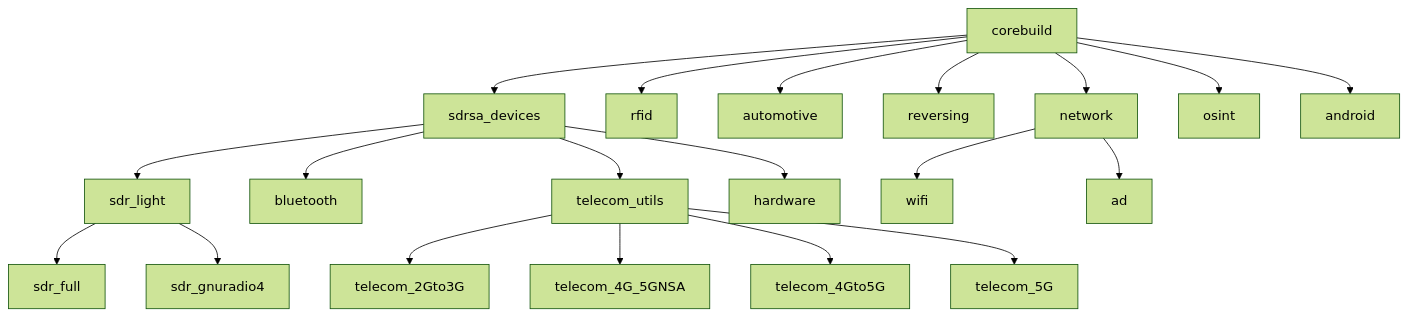
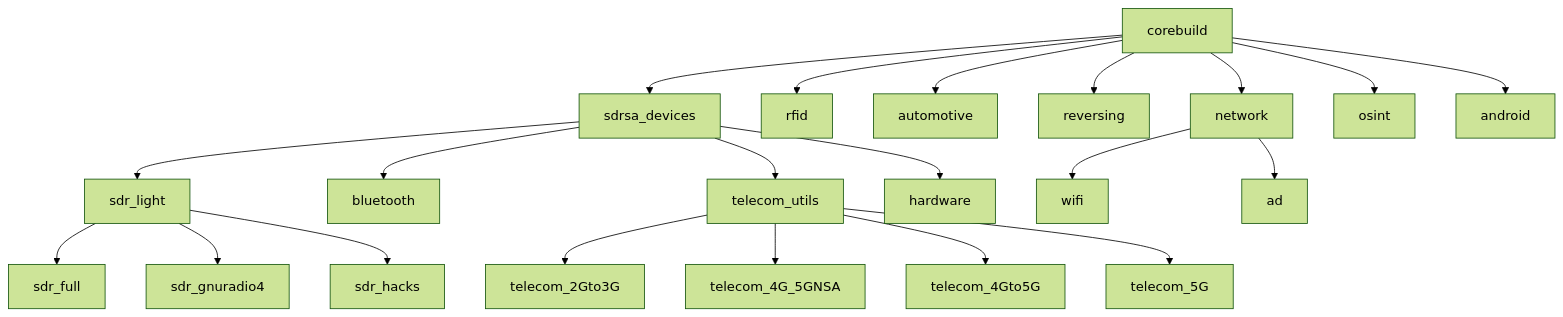
The diagram in README.md (PentHertz/RF-Swift), drawn with Mermaid (forest theme) before and after one commit. The commit also changed other lines of this file and 17 other files, not shown here.

````diff
--- a/README.md
+++ b/README.md
@@ -453,22 +453,23 @@
 ```mermaid
 graph TD;
     A[corebuild]-->B[sdrsa_devices];
     A-->C[rfid];
     A-->D[automotive];
     A-->E[reversing];
     A-->H[network];
     A-->T[osint];
     A-->U[android];
     B-->I[sdr_light];
     B-->J[bluetooth];
     B-->K[telecom_utils];
     B-->L[hardware];
     H-->M[wifi];
     H-->V[ad];
     I-->N[sdr_full];
     I-->W[sdr_gnuradio4];
+    I-->X[sdr_hacks];
     K-->P[telecom_2Gto3G];
     K-->Q[telecom_4G_5GNSA];
     K-->R[telecom_4Gto5G];
     K-->S[telecom_5G];
 ```
````
